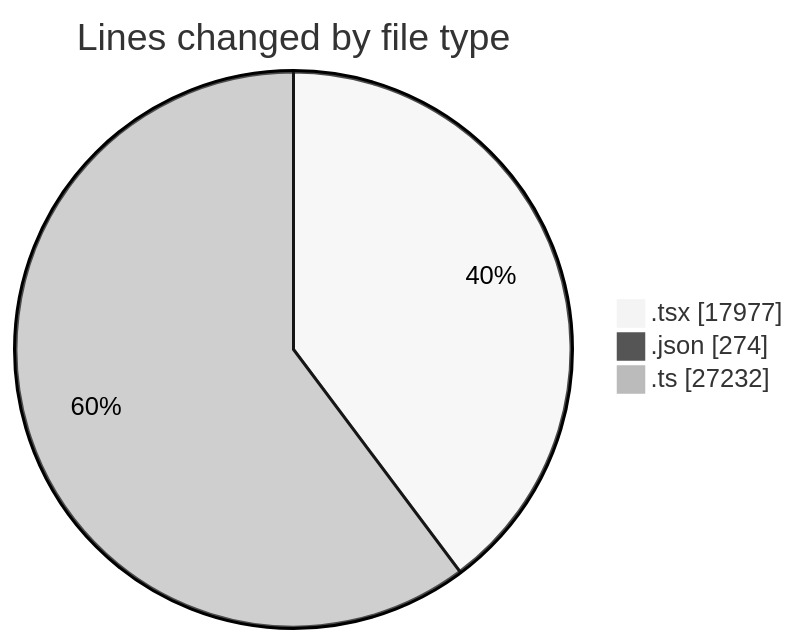
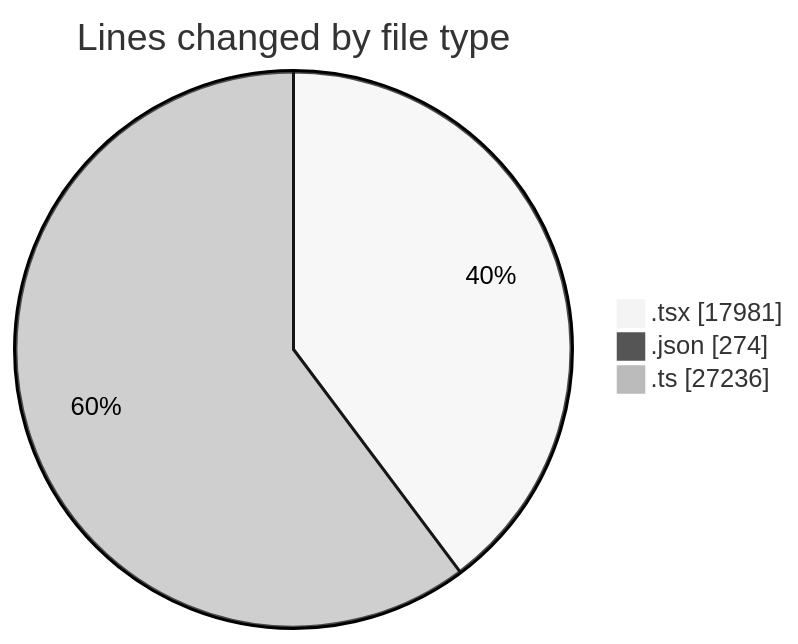
One commit to momahboobian/code-tracking changed the first of 2 diagrams in 2026-11-13/broadcaster-v6-feature/README.md. Above: the diagram before and after it, drawn with Mermaid (neutral theme). The commit also changed other lines of this file and 1 other file, not shown here.

````diff
--- a/2026-11-13/broadcaster-v6-feature/README.md
+++ b/2026-11-13/broadcaster-v6-feature/README.md
@@ -85,7 +85,7 @@
 ```mermaid
 pie showData
 title Lines changed by file type
-".tsx" : 17977
+".tsx" : 17981
 ".json" : 274
-".ts" : 27232
+".ts" : 27236
 ```
````
